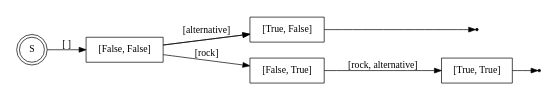
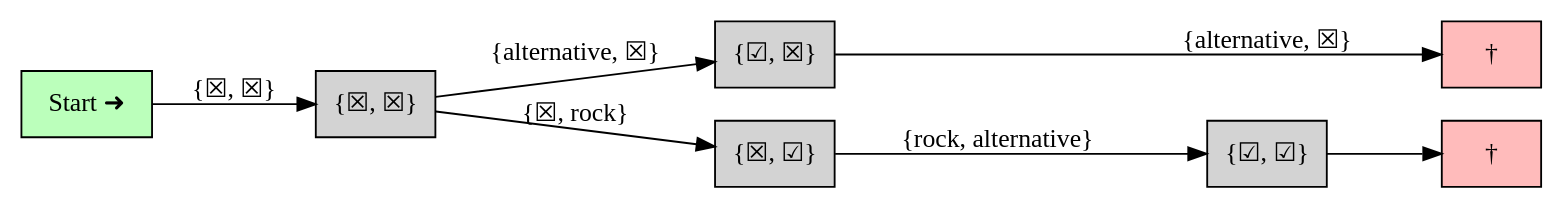
One commit to sahib/libmunin-thesis changed the diagram in rst/5_provider/figs/tree_match_example.dot. Above: the diagram before and after it, drawn with Graphviz. The commit also changed 14 other files, not shown here.

```diff
--- a/rst/5_provider/figs/tree_match_example.dot
+++ b/rst/5_provider/figs/tree_match_example.dot
@@ -1,18 +1,26 @@
 digraph {
-    size=4; 
+    // size=4; 
     splines=false;
-    node [shape=record];
+    node [shape=box, style=filled];
     rankdir="LR";
     
-    "Result 1" [shape=point]
-    "Result 2" [shape=point]
-    "S" [shape=doublecircle]
+    subgraph {
+        rank=same;
+        " †" [fillcolor="#ffbbbb"]
+        "† " [fillcolor="#ffbbbb"]
+    }
 
-    "S" -> "[False, False]" [label=" [ ]"]
-    "[False, False]" -> "[True, False]" [label="[alternative]"]
-    "[False, False]" -> "[True, False]" [label=""]
-    "[False, False]" -> "[False, True]" [label=" [rock]"]
-    "[False, True]" -> "[True, True]" [label=" [rock, alternative]"]
-     "[True, False]" -> "Result 1"
-    "[True, True]" -> "Result 2"
+    subgraph {
+        rank=same;
+        "{☑, ☒}"
+        "{☒, ☑}"
+    }
+    "Start ➜" [fillcolor="#bbffbb"]
+
+    "Start ➜" -> "{☒, ☒}" [label=" {☒, ☒}"]
+    "{☒, ☒}" -> "{☑, ☒}" [label="{alternative, ☒}"]
+    "{☒, ☒}" -> "{☒, ☑}" [label=" {☒, rock}"]
+    "{☒, ☑}" -> "{☑, ☑}" [label=" {rock, alternative}"]
+    "{☑, ☒}" -> "† " [label="{alternative, ☒}"]
+    "{☑, ☑}" -> " †"
 }
```
